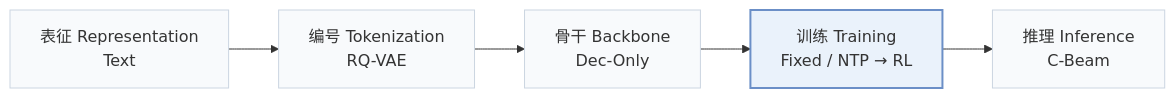
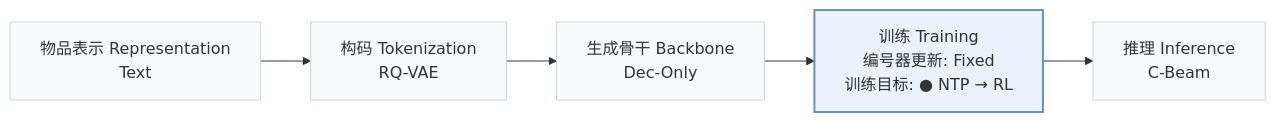
One commit to Galaxy-ghost/Awesome-SID-Generative-Rec changed the first of 2 diagrams in pages/zh/papers/daso.md. Above: the diagram before and after it, drawn with Mermaid. The commit also changed other lines of this file and 558 other files, not shown here.

````diff
--- a/pages/zh/papers/daso.md
+++ b/pages/zh/papers/daso.md
@@ -15,8 +18,8 @@
 ```mermaid
 flowchart LR
-    R["表征 Representation<br/>Text"] --> T["编号 Tokenization<br/>RQ-VAE"] --> B["骨干 Backbone<br/>Dec-Only"] --> TR["训练 Training<br/>Fixed / NTP → RL"] --> I["推理 Inference<br/>C-Beam"]
+    R["物品表示 Representation<br/>Text"] --> T["构码 Tokenization<br/>RQ-VAE"] --> B["生成骨干 Backbone<br/>Dec-Only"] --> TR["训练 Training<br/>编号器更新: Fixed<br/>训练目标: ● NTP → RL"] --> I["推理 Inference<br/>C-Beam"]
     classDef base fill:#f8fafc,stroke:#cbd5e1
     class R,T,B,TR,I base
     classDef main fill:#eaf2fb,stroke:#6b8fc7,stroke-width:2px
     class TR main
 ```
````
